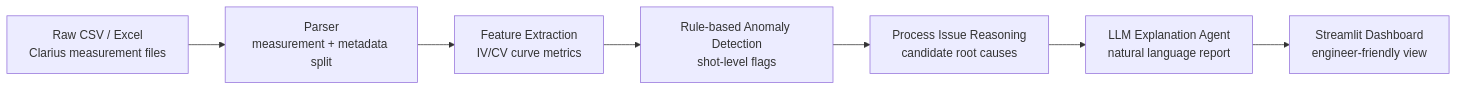
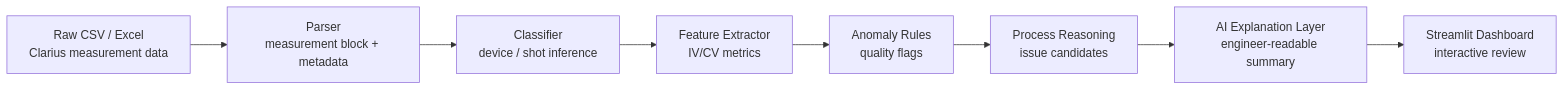
Before and after one commit to JuHyeon-Nam/wafer-ai-analyst: the diagram in README.md, drawn with Mermaid. The commit also changed other lines of this file, not shown here.

````diff
--- a/README.md
+++ b/README.md
@@ -24,9 +57,10 @@
 ```mermaid
 flowchart LR
-    A["Raw CSV / Excel<br/>Clarius measurement files"] --> B["Parser<br/>measurement + metadata split"]
-    B --> C["Feature Extraction<br/>IV/CV curve metrics"]
-    C --> D["Rule-based Anomaly Detection<br/>shot-level flags"]
-    D --> E["Process Issue Reasoning<br/>candidate root causes"]
-    E --> F["LLM Explanation Agent<br/>natural language report"]
-    F --> G["Streamlit Dashboard<br/>engineer-friendly view"]
+    A["Raw CSV / Excel<br/>Clarius measurement data"] --> B["Parser<br/>measurement block + metadata"]
+    B --> C["Classifier<br/>device / shot inference"]
+    C --> D["Feature Extractor<br/>IV/CV metrics"]
+    D --> E["Anomaly Rules<br/>quality flags"]
+    E --> F["Process Reasoning<br/>issue candidates"]
+    F --> G["AI Explanation Layer<br/>engineer-readable summary"]
+    G --> H["Streamlit Dashboard<br/>interactive review"]
 ```
````
